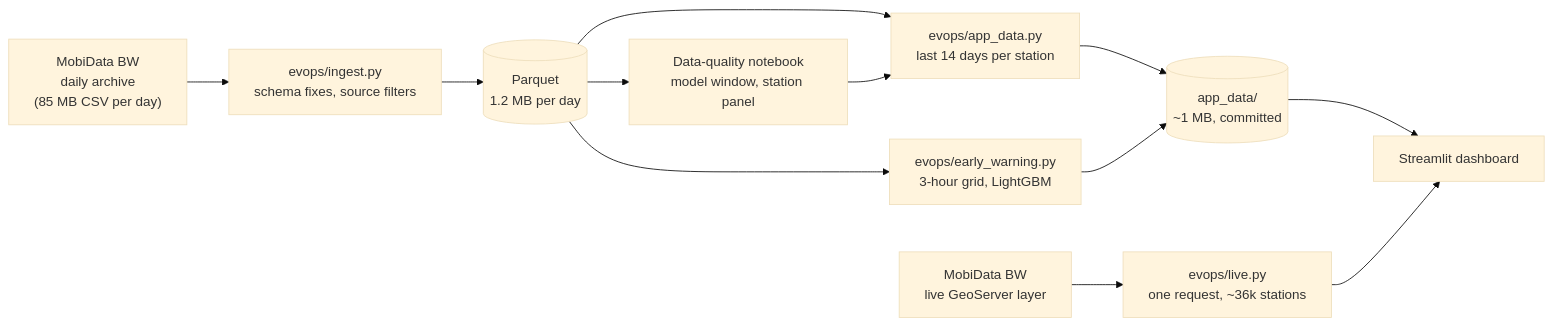
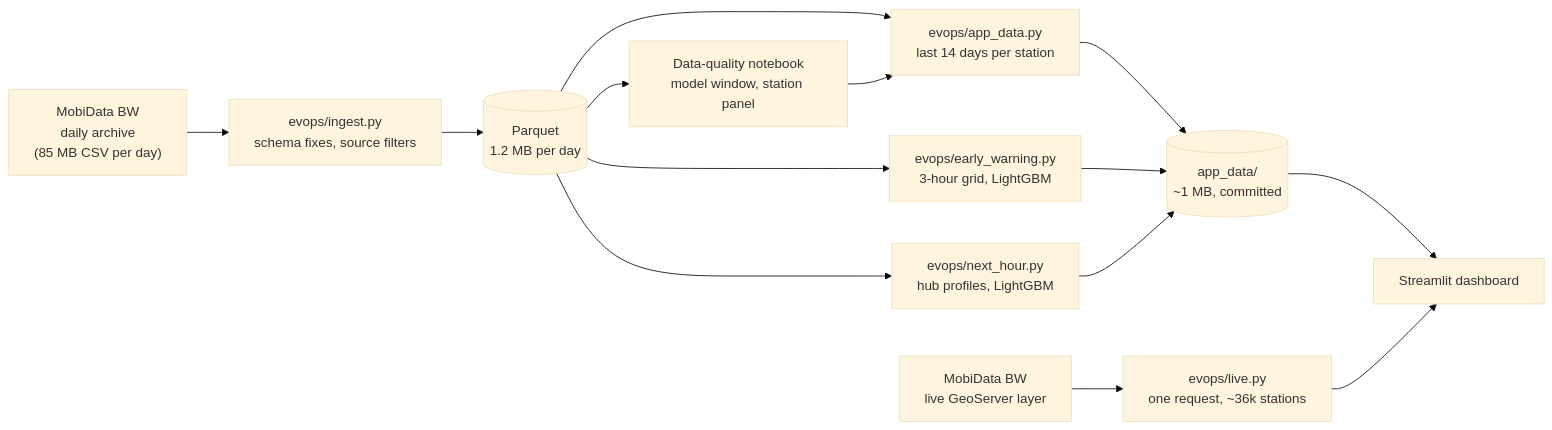
Before and after one commit to TejasManjunath/ev-charging-ops: the diagram in README.md, drawn with Mermaid (base theme). The commit also changed other lines of this file and 7 other files, not shown here.

Commit message:
Phase 4: next-hour forecast for fast hubs

````diff
--- a/README.md
+++ b/README.md
@@ -74,14 +92,16 @@
 ```mermaid
 flowchart LR
     A["MobiData BW<br/>daily archive<br/>(85 MB CSV per day)"] --> B["evops/ingest.py<br/>schema fixes, source filters"]
     B --> C[("Parquet<br/>1.2 MB per day")]
     C --> D["Data-quality notebook<br/>model window, station panel"]
     C --> E["evops/app_data.py<br/>last 14 days per station"]
     D --> E
     E --> F[("app_data/<br/>~1 MB, committed")]
     C --> J["evops/early_warning.py<br/>3-hour grid, LightGBM"]
     J --> F
+    C --> K["evops/next_hour.py<br/>hub profiles, LightGBM"]
+    K --> F
     G["MobiData BW<br/>live GeoServer layer"] --> H["evops/live.py<br/>one request, ~36k stations"]
     F --> I["Streamlit dashboard"]
     H --> I
 ```
````
